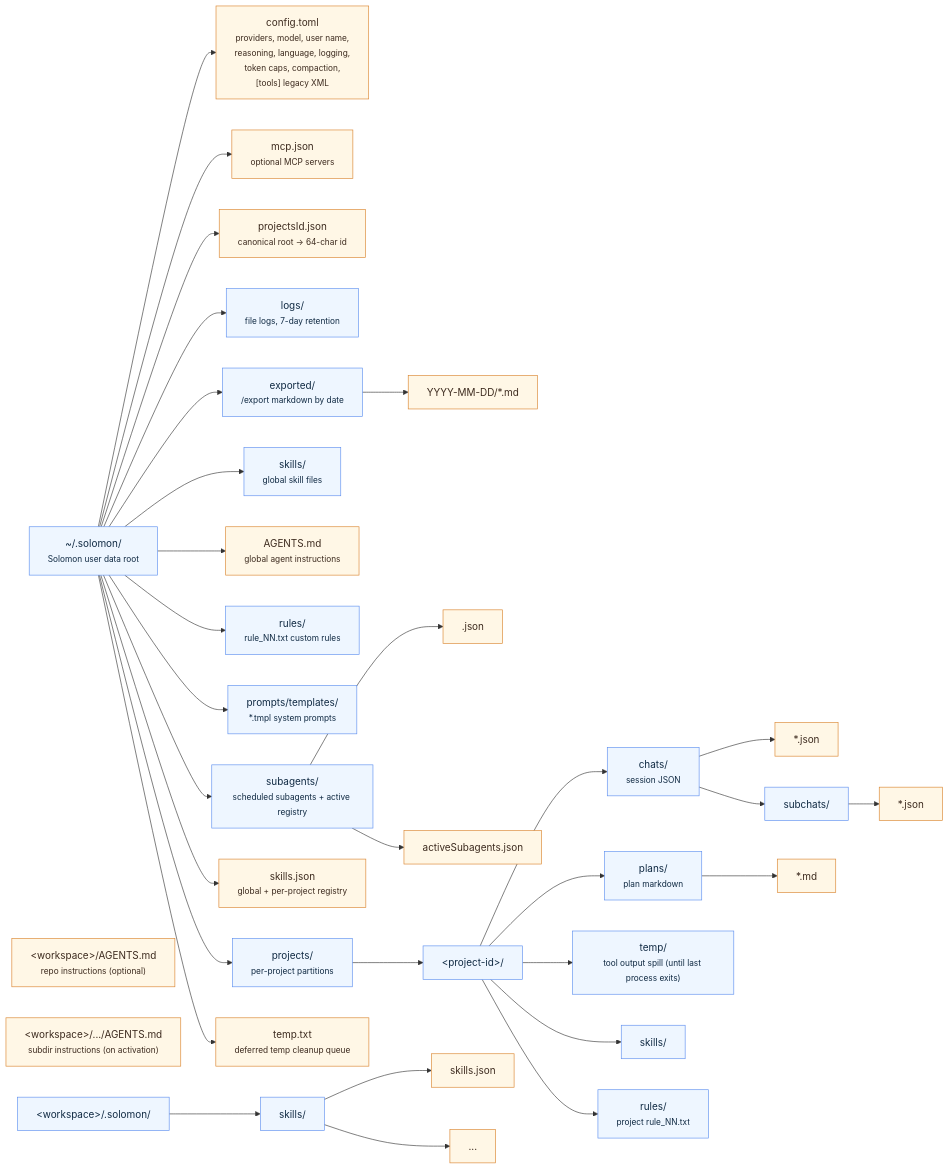
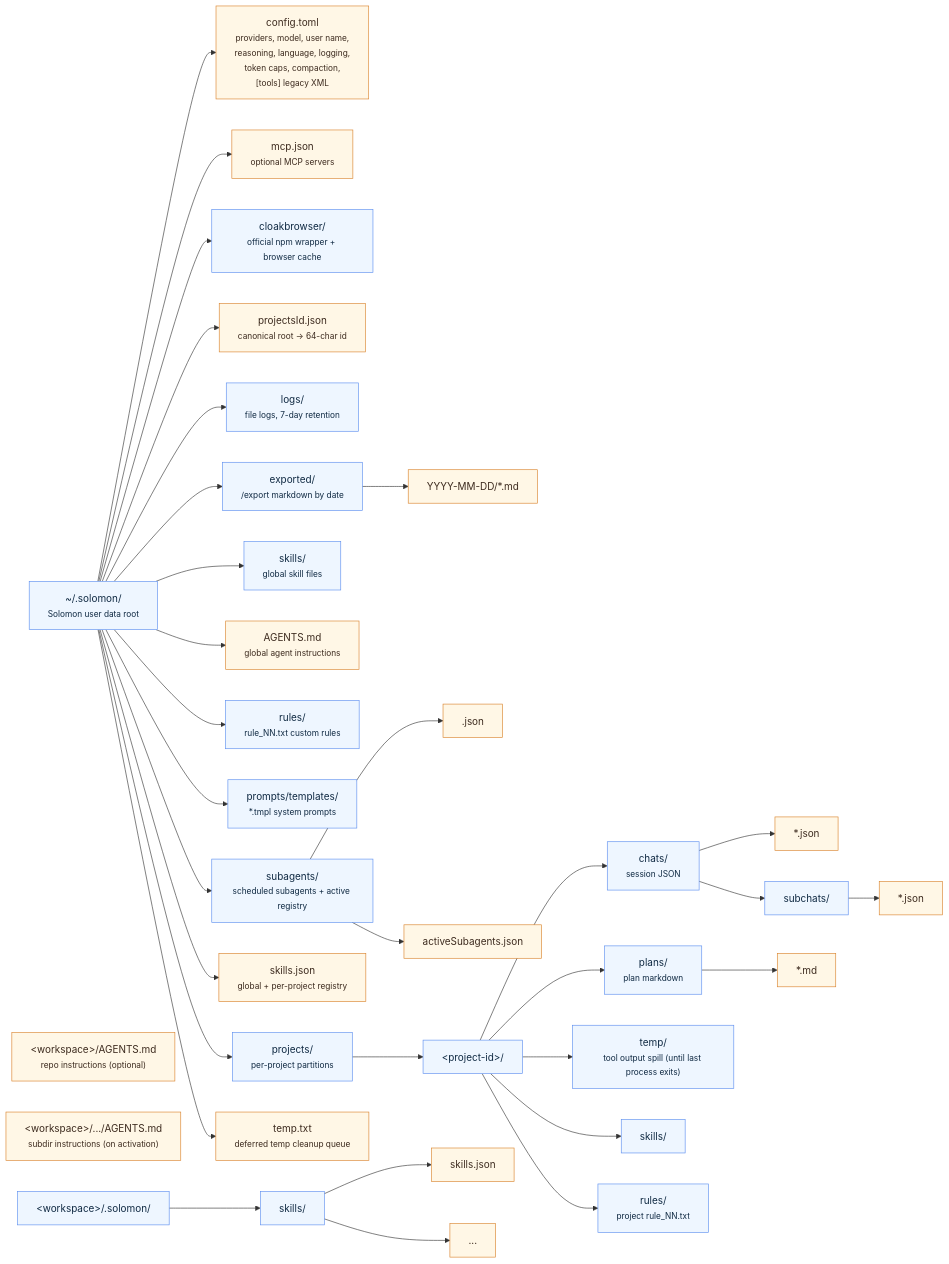
Before and after one commit to SAPPHIR3-ROS3/Solomon: the diagram in docs/user-guide/data-layout.md, drawn with Mermaid. The commit also changed other lines of this file and 68 other files, not shown here.

````diff
--- a/docs/user-guide/data-layout.md
+++ b/docs/user-guide/data-layout.md
@@ -5,76 +5,78 @@
 ```mermaid
 flowchart LR
   home["~/.solomon/<br/><small>Solomon user data root</small>"]
 
   config["config.toml<br/><small>providers, model, user name,<br/>reasoning, language, logging,<br/>token caps, compaction,<br/>[tools] legacy XML</small>"]
   mcpConfig["mcp.json<br/><small>optional MCP servers</small>"]
+  cloakDir["cloakbrowser/<br/><small>official npm wrapper + browser cache</small>"]
   projectMap["projectsId.json<br/><small>canonical root -> 64-char id</small>"]
   logs["logs/<br/><small>file logs, 7-day retention</small>"]
   exported["exported/<br/><small>/export markdown by date</small>"]
   exportFile["YYYY-MM-DD/*.md"]
   globalSkillsDir["skills/<br/><small>global skill files</small>"]
   globalAgents["AGENTS.md<br/><small>global agent instructions</small>"]
   globalRules["rules/<br/><small>rule_NN.txt custom rules</small>"]
   promptTemplates["prompts/templates/<br/><small>*.tmpl system prompts</small>"]
   subagents["subagents/<br/><small>scheduled subagents + active registry</small>"]
   scheduledSubagent["<subchat-id>.json"]
   activeSubagents["activeSubagents.json"]
   skillsRegistry["skills.json<br/><small>global + per-project registry</small>"]
 
   projects["projects/<br/><small>per-project partitions</small>"]
   projectNode["&lt;project-id&gt;/"]
   chats["chats/<br/><small>session JSON</small>"]
   chatFile["*.json"]
   subchats["subchats/"]
   subchatFile["*.json"]
   plans["plans/<br/><small>plan markdown</small>"]
   planFile["*.md"]
   temp["temp/<br/><small>tool output spill (until last process exits)</small>"]
   tempQueue["temp.txt<br/><small>deferred temp cleanup queue</small>"]
   projectSkills["skills/"]
   projectRules["rules/<br/><small>project rule_NN.txt</small>"]
 
   repoAgents["&lt;workspace&gt;/AGENTS.md<br/><small>repo instructions (optional)</small>"]
   repoSubAgents["&lt;workspace&gt;/.../AGENTS.md<br/><small>subdir instructions (on activation)</small>"]
 
   workspaceRoot["&lt;workspace&gt;/.solomon/"]
   workspaceSkills["skills/"]
   localMirror["skills.json"]
   localFiles["..."]
 
   home --> config
   home --> mcpConfig
+  home --> cloakDir
   home --> projectMap
   home --> logs
   home --> exported
   exported --> exportFile
   home --> tempQueue
   home --> globalSkillsDir
   home --> globalAgents
   home --> globalRules
   home --> promptTemplates
   home --> subagents
   subagents --> scheduledSubagent
   subagents --> activeSubagents
   home --> skillsRegistry
   home --> projects
   projects --> projectNode
   projectNode --> chats
   chats --> chatFile
   chats --> subchats
   subchats --> subchatFile
   projectNode --> plans
   plans --> planFile
   projectNode --> temp
   projectNode --> projectSkills
   projectNode --> projectRules
 
   workspaceRoot --> workspaceSkills
   workspaceSkills --> localMirror
   workspaceSkills --> localFiles
 
   classDef folder fill:#eef6ff,stroke:#5b8def,color:#102a43
   classDef file fill:#fff7e6,stroke:#d9822b,color:#3d2b1f
-  class home,logs,exported,globalSkillsDir,globalRules,promptTemplates,subagents,projects,projectNode,chats,subchats,plans,temp,projectSkills,projectRules,workspaceRoot,workspaceSkills folder
+  class home,logs,exported,cloakDir,globalSkillsDir,globalRules,promptTemplates,subagents,projects,projectNode,chats,subchats,plans,temp,projectSkills,projectRules,workspaceRoot,workspaceSkills folder
   class config,mcpConfig,projectMap,skillsRegistry,tempQueue,chatFile,subchatFile,scheduledSubagent,activeSubagents,planFile,exportFile,localMirror,localFiles,globalAgents,repoAgents,repoSubAgents file
 ```
````
